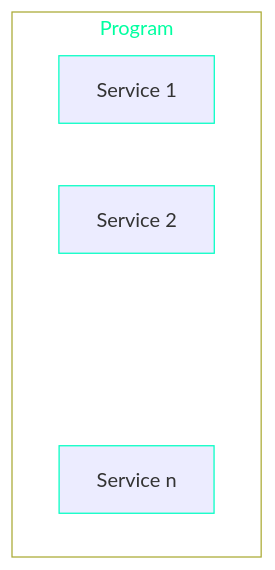
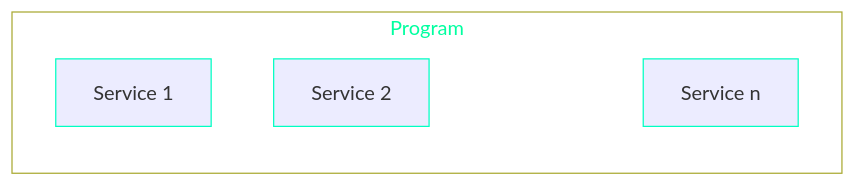
The diagram in docs/build/sails/coreconcepts.md (gear-foundation/vara-wiki), drawn with Mermaid before and after one commit. The commit also changed other lines of this file and 5 other files, not shown here.

````diff
--- a/docs/build/sails/coreconcepts.md
+++ b/docs/build/sails/coreconcepts.md
@@ -17,12 +17,17 @@
 ```mermaid
-graph TD
+%%{
+    init: {
+        'width': '100%'
+    }
+}%%
+graph LR
     subgraph "Program"
         A[Service 1]:::varaStyle;
         B[Service 2]:::varaStyle;
         C["..."]:::inv;
         D[Service n]:::varaStyle;
         style Program color:#00ffa0, fill:none;
         classDef varaStyle stroke:#00ffc3;
         classDef inv color:#FFFFFF,stroke-width:0px,fill:none;
     end
 ```
````
